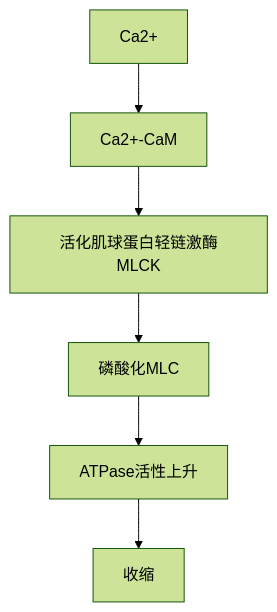
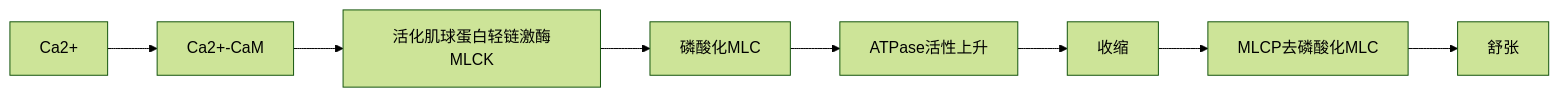
Before and after one commit to ChickenHu/notebook: the second of 2 diagrams in Physiology/基本功能.md, drawn with Mermaid (forest theme). The commit also changed other lines of this file and 34 other files, not shown here.

````diff
--- a/Physiology/基本功能.md
+++ b/Physiology/基本功能.md
@@ -11,4 +218,4 @@
 ```mermaid
-graph
-Ca2+-->Ca2+-CaM-->活化肌球蛋白轻链激酶MLCK-->磷酸化MLC-->ATPase活性上升-->收缩
+graph LR
+Ca2+-->Ca2+-CaM-->活化肌球蛋白轻链激酶MLCK-->磷酸化MLC-->ATPase活性上升-->收缩-->MLCP去磷酸化MLC-->舒张
 ```
````
